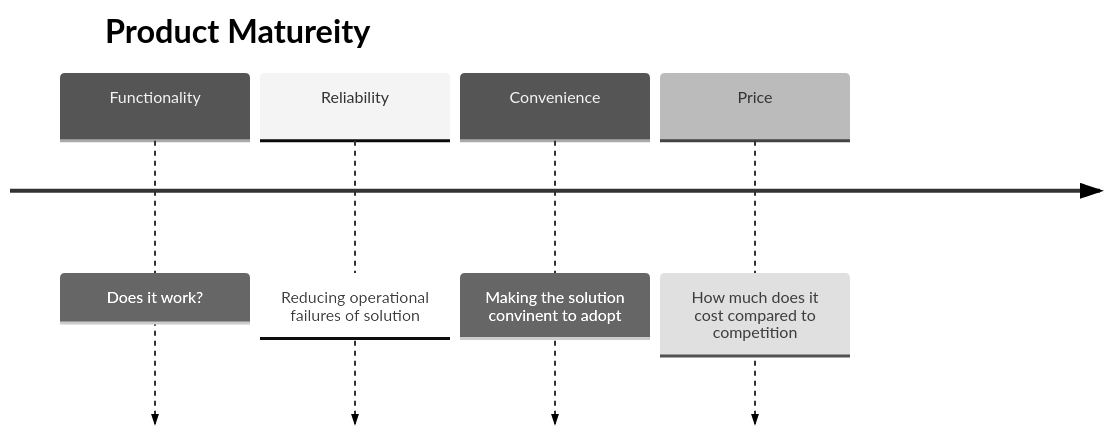
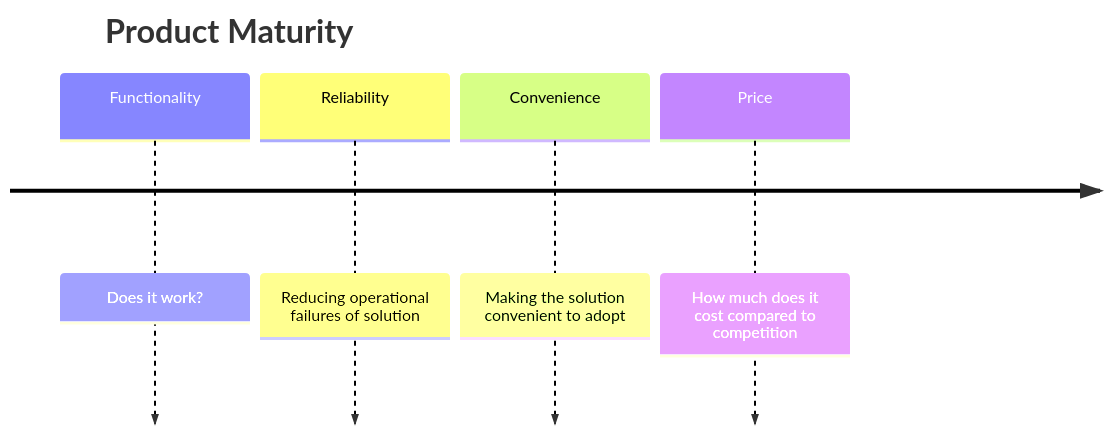
Before and after one commit to k-cross/blog: the second of 3 diagrams in src/lib/content/posts/valley_strategy.md, drawn with Mermaid. The commit also changed other lines of this file and 7 other files, not shown here.

Commit message:
fix mermaid graphs

````diff
--- a/src/lib/content/posts/valley_strategy.md
+++ b/src/lib/content/posts/valley_strategy.md
@@ -92,9 +91,8 @@
 ```mermaid
-%%{init: {'theme':'neutral'}}%%
 timeline
-    title Product Matureity
+    title Product Maturity
     Functionality : Does it work?
     Reliability : Reducing operational failures of solution
-    Convenience : Making the solution convinent to adopt
+    Convenience : Making the solution convenient to adopt
     Price : How much does it cost compared to competition
 ```
````
